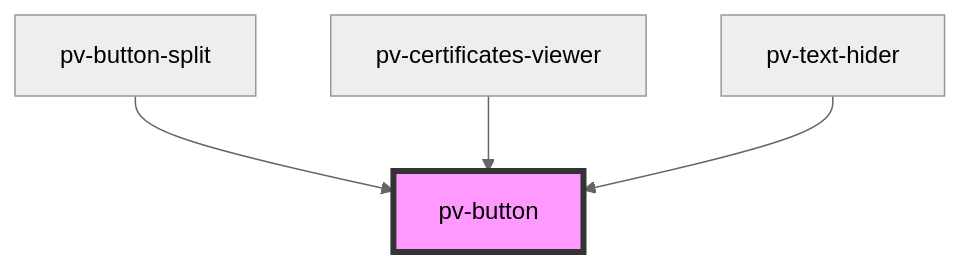
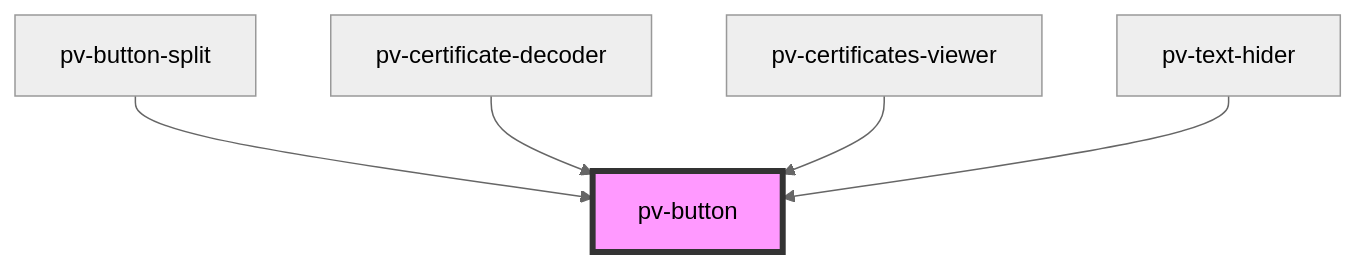
Before and after one commit to PeculiarVentures/pv-certificates-viewer: the diagram in src/components/button/readme.md, drawn with Mermaid (neutral theme). The commit also changed other lines of this file and 4 other files, not shown here.

````diff
--- a/src/components/button/readme.md
+++ b/src/components/button/readme.md
@@ -35,7 +36,8 @@
 ```mermaid
 graph TD;
   pv-button-split --> pv-button
+  pv-certificate-decoder --> pv-button
   pv-certificates-viewer --> pv-button
   pv-text-hider --> pv-button
   style pv-button fill:#f9f,stroke:#333,stroke-width:4px
 ```
````
